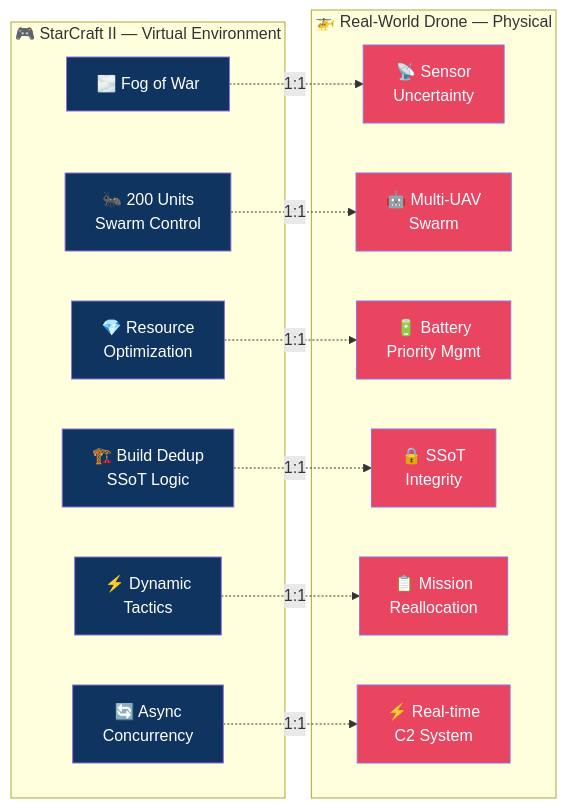
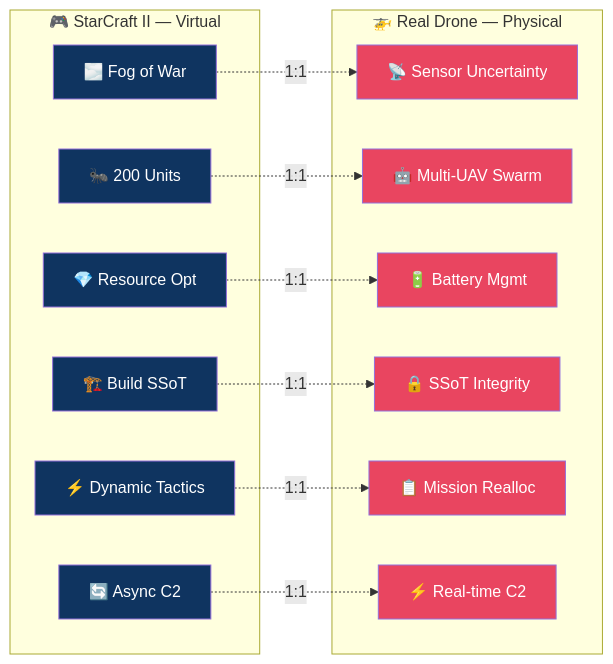
The second of 26 diagrams in README.md (sun475300-sudo/Swarm-control-in-sc2bot), drawn with Mermaid before and after one commit. The commit also changed other lines of this file, not shown here.

````diff
--- a/README.md
+++ b/README.md
@@ -199,40 +162,29 @@
 ```mermaid
 graph LR
-    subgraph "🎮 StarCraft II — Virtual Environment"
-        V1["🌫️ Fog of War"]
-        V2["🐜 200 Units\nSwarm Control"]
-        V3["💎 Resource\nOptimization"]
-        V4["🏗️ Build Dedup\nSSoT Logic"]
-        V5["⚡ Dynamic\nTactics"]
-        V6["🔄 Async\nConcurrency"]
+    subgraph "🎮 StarCraft II — Virtual"
+        V1["🌫️ Fog of War"] & V2["🐜 200 Units"] & V3["💎 Resource Opt"]
+        V4["🏗️ Build SSoT"] & V5["⚡ Dynamic Tactics"] & V6["🔄 Async C2"]
     end
-
-    subgraph "🚁 Real-World Drone — Physical"
-        R1["📡 Sensor\nUncertainty"]
-        R2["🤖 Multi-UAV\nSwarm"]
-        R3["🔋 Battery\nPriority Mgmt"]
-        R4["🔒 SSoT\nIntegrity"]
-        R5["📋 Mission\nReallocation"]
-        R6["⚡ Real-time\nC2 System"]
+    subgraph "🚁 Real Drone — Physical"
+        R1["📡 Sensor Uncertainty"] & R2["🤖 Multi-UAV Swarm"] & R3["🔋 Battery Mgmt"]
+        R4["🔒 SSoT Integrity"] & R5["📋 Mission Realloc"] & R6["⚡ Real-time C2"]
     end
-
-    V1 -.->|"1:1"| R1
-    V2 -.->|"1:1"| R2
-    V3 -.->|"1:1"| R3
-    V4 -.->|"1:1"| R4
-    V5 -.->|"1:1"| R5
-    V6 -.->|"1:1"| R6
-
+    V1 -.->|1:1| R1
+    V2 -.->|1:1| R2
+    V3 -.->|1:1| R3
+    V4 -.->|1:1| R4
+    V5 -.->|1:1| R5
+    V6 -.->|1:1| R6
     style V1 fill:#0f3460,color:#fff
     style V2 fill:#0f3460,color:#fff
     style V3 fill:#0f3460,color:#fff
     style V4 fill:#0f3460,color:#fff
     style V5 fill:#0f3460,color:#fff
     style V6 fill:#0f3460,color:#fff
     style R1 fill:#e94560,color:#fff
     style R2 fill:#e94560,color:#fff
     style R3 fill:#e94560,color:#fff
     style R4 fill:#e94560,color:#fff
     style R5 fill:#e94560,color:#fff
     style R6 fill:#e94560,color:#fff
 ```
````
